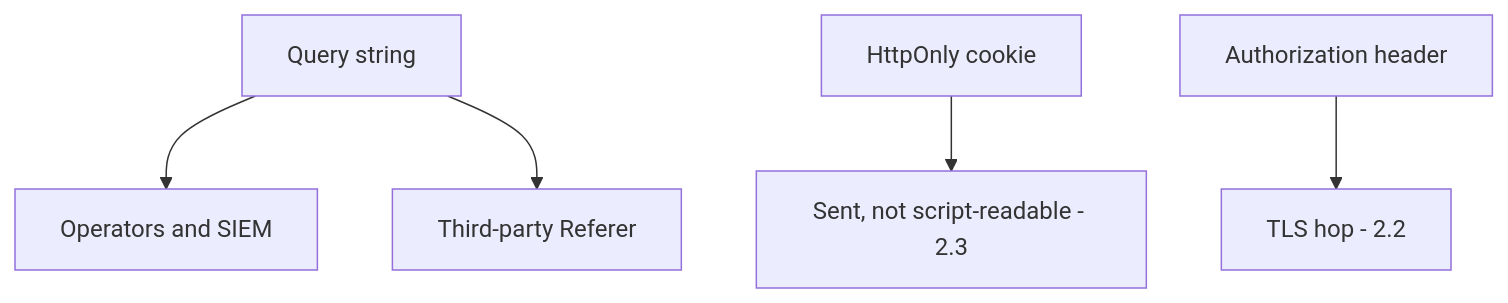
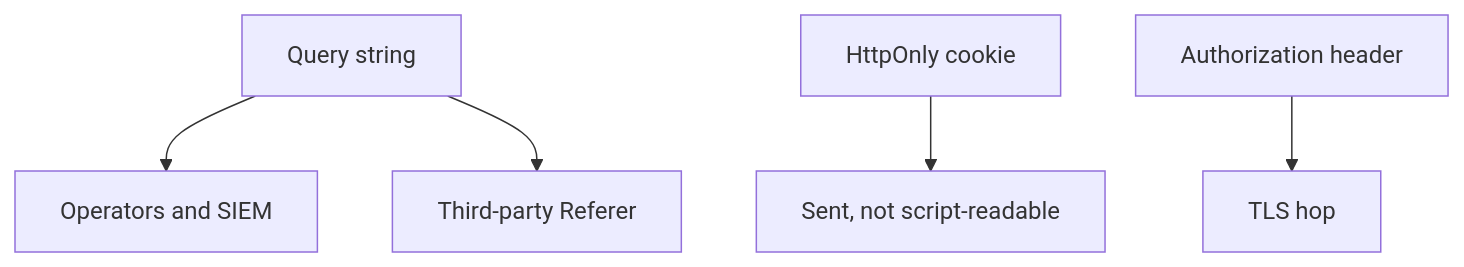
One commit to ishitvagoel/LearnSecurity changed the first of 2 diagrams in content/modules/4/4.3/lessons/02-model.md. Above: the diagram before and after it, drawn with Mermaid. The commit also changed other lines of this file and 39 other files, not shown here.

````diff
--- a/content/modules/4/4.3/lessons/02-model.md
+++ b/content/modules/4/4.3/lessons/02-model.md
@@ -15,7 +14,7 @@
 ```mermaid
 flowchart TD
   Q[Query string] --> Logs[Operators and SIEM]
   Q --> Ref[Third-party Referer]
-  C["HttpOnly cookie"] --> Jar["Sent, not script-readable - 2.3"]
-  H[Authorization header] --> Hop["TLS hop - 2.2"]
+  C["HttpOnly cookie"] --> Jar["Sent, not script-readable"]
+  H[Authorization header] --> Hop["TLS hop"]
 ```
````
